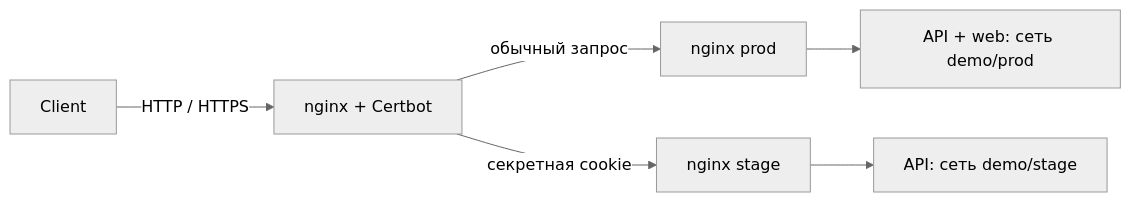
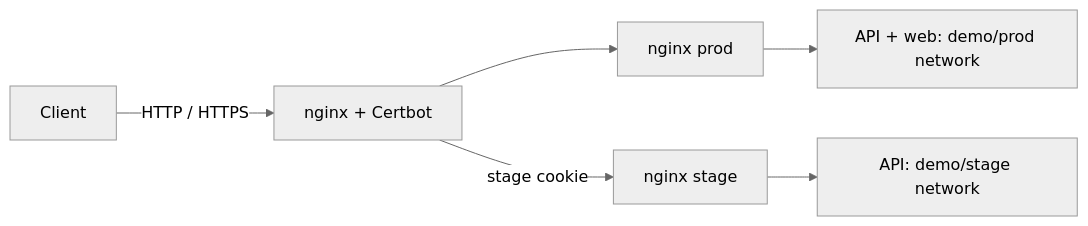
The diagram in README.md (dmironenko/composer-example), drawn with Mermaid (neutral theme) before and after one commit. The commit also changed other lines of this file and 17 other files, not shown here.

````diff
--- a/README.md
+++ b/README.md
@@ -93,8 +96,8 @@
 ```mermaid
 flowchart LR
     Client -->|HTTP / HTTPS| Edge[nginx + Certbot]
-    Edge -->|обычный запрос| Prod[nginx prod]
-    Edge -->|секретная cookie| Stage[nginx stage]
-    Prod --> ProdApps[API + web: сеть demo/prod]
-    Stage --> StageApps[API: сеть demo/stage]
+    Edge --> Prod[nginx prod]
+    Edge -->|stage cookie| Stage[nginx stage]
+    Prod --> ProdApps[API + web: demo/prod network]
+    Stage --> StageApps[API: demo/stage network]
 ```
````
